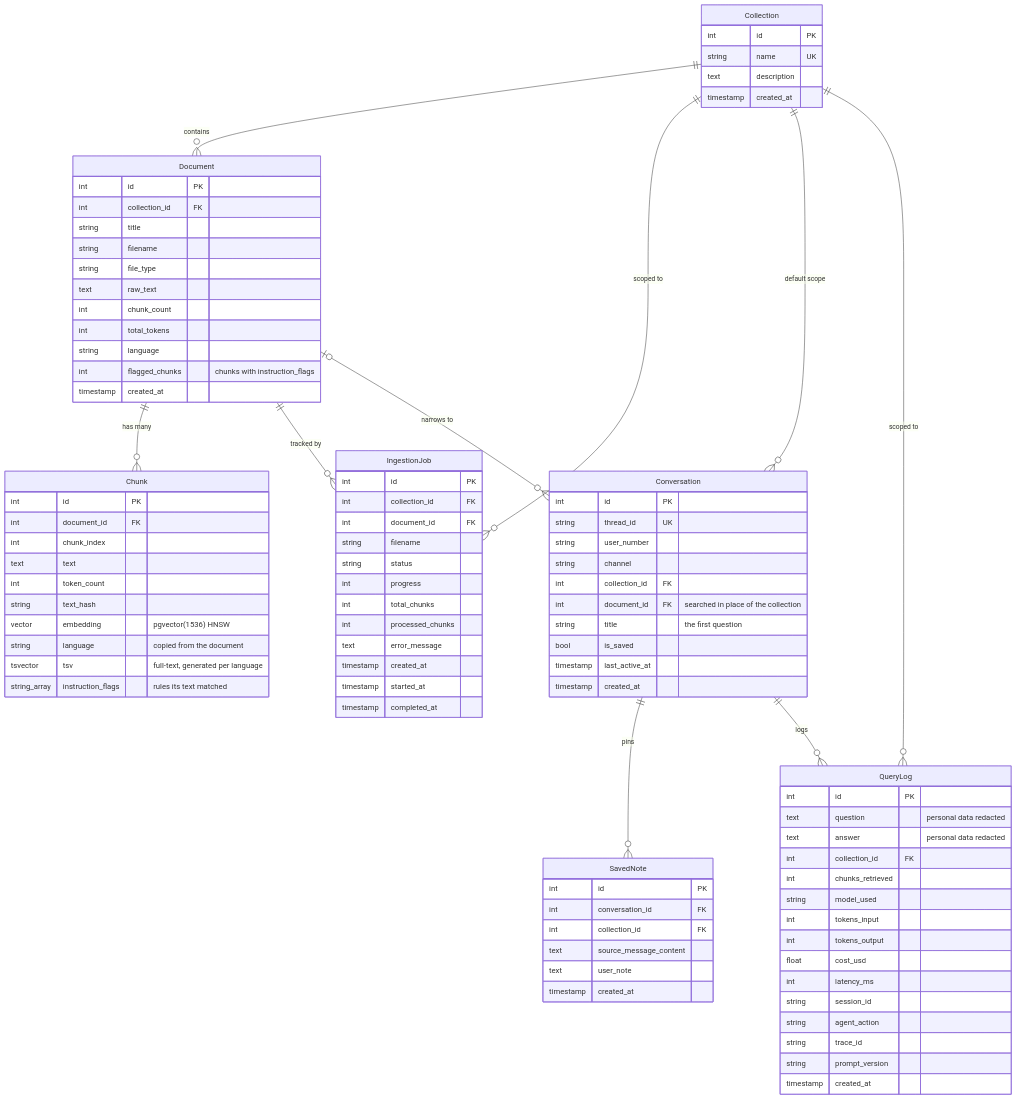
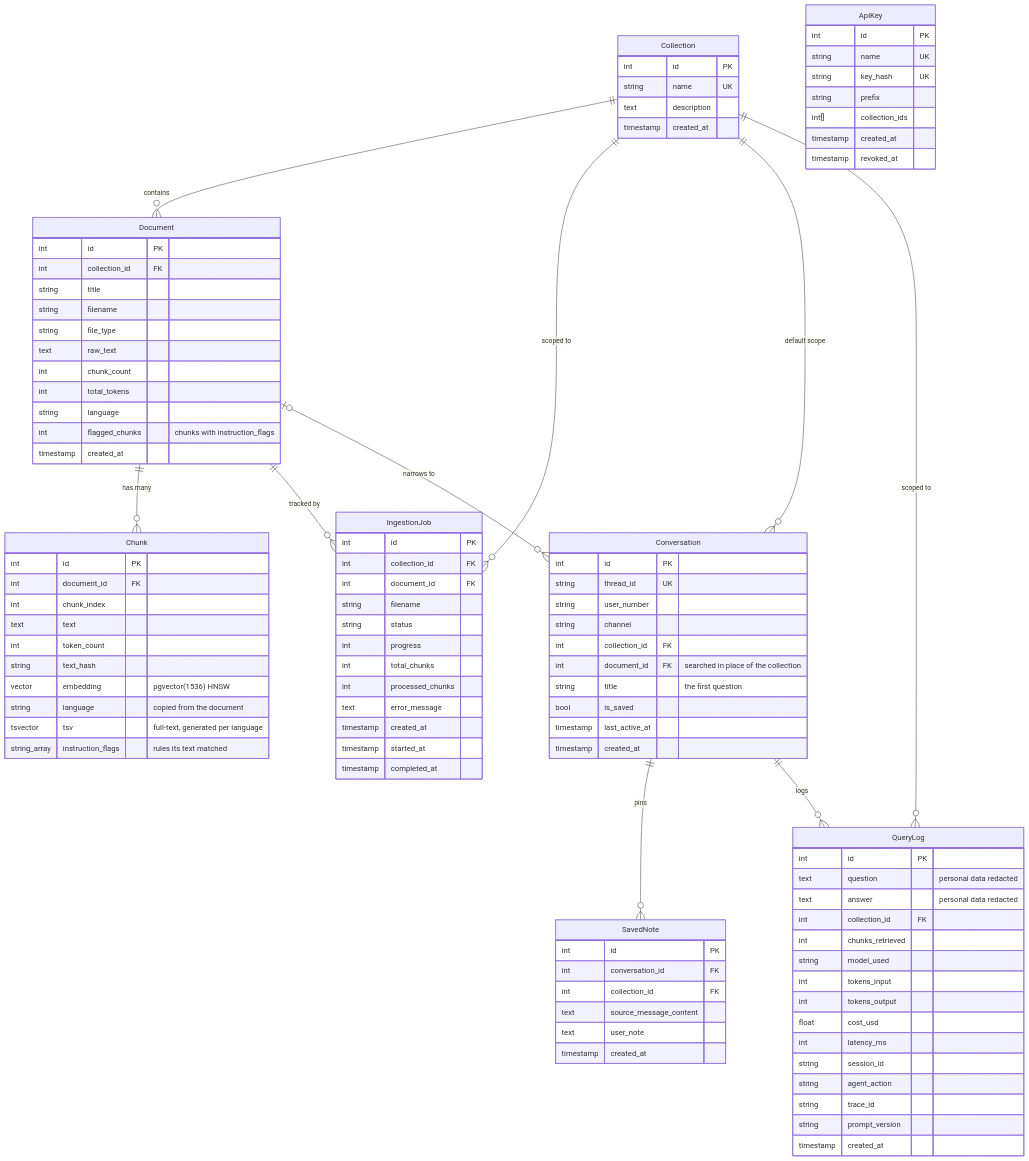
Before and after one commit to FrancoCazal/WhisperDocs: the fourth of 4 diagrams in ARCHITECTURE.md, drawn with Mermaid. The commit also changed other lines of this file and 17 other files, not shown here.

````diff
--- a/ARCHITECTURE.md
+++ b/ARCHITECTURE.md
@@ -329,4 +333,14 @@
     text user_note
     timestamp created_at
   }
+
+  ApiKey {
+    int id PK
+    string name UK
+    string key_hash UK
+    string prefix
+    int[] collection_ids
+    timestamp created_at
+    timestamp revoked_at
+  }
 ```
````
